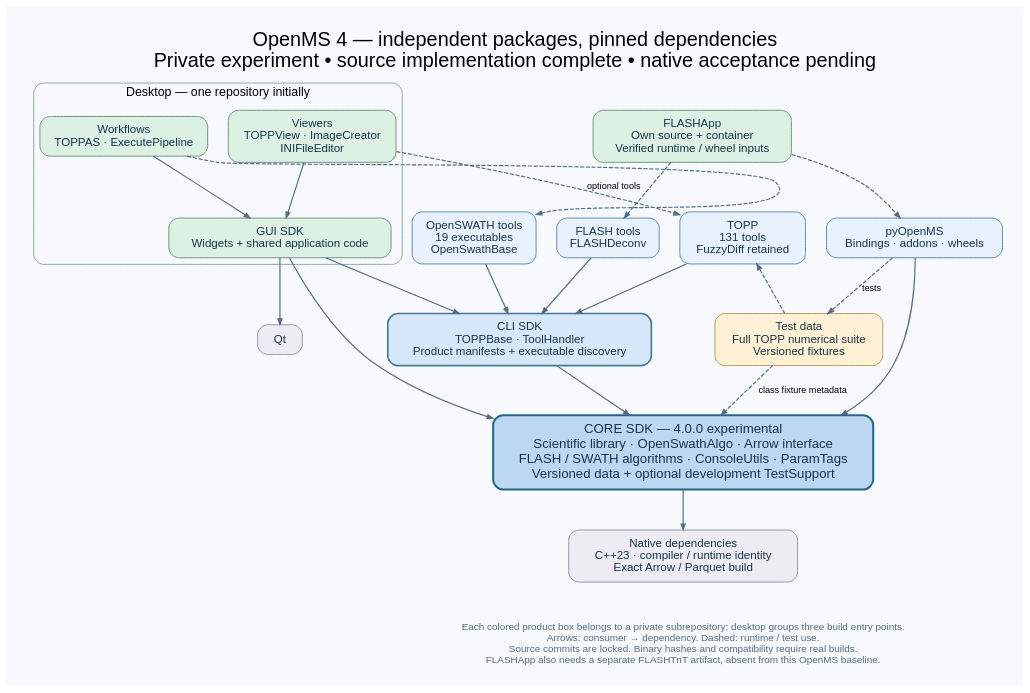
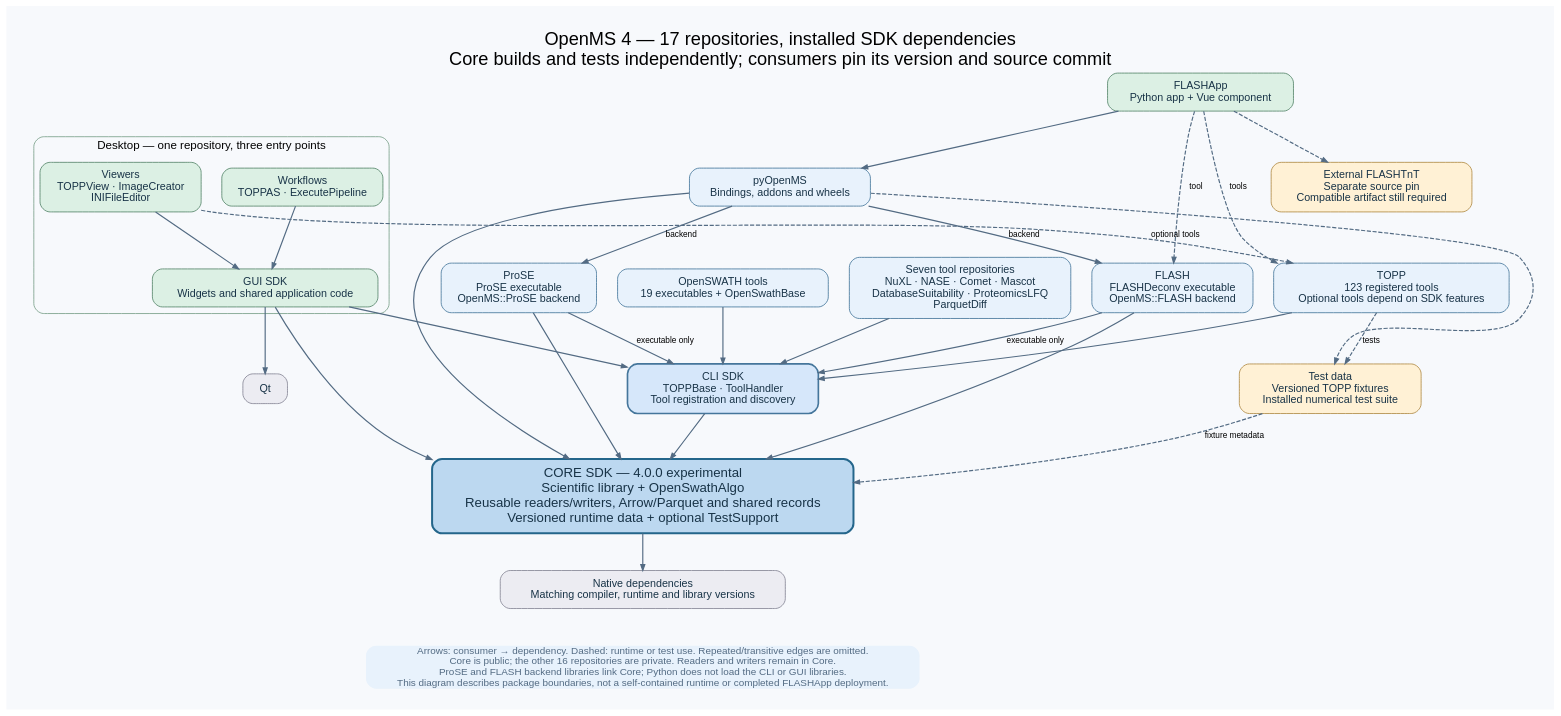
Before and after one commit to okohlbacher/OpenMS4-tests: the diagram in docs/package-architecture.dot, drawn with Graphviz. The commit also changed 3 other files, not shown here.

Commit message:
[DOC] Update the diagram for all 17 SDK packages

```diff
--- a/docs/package-architecture.dot
+++ b/docs/package-architecture.dot
@@ -1,37 +1,39 @@
 digraph Packages {
-  graph [rankdir=TB, bgcolor="#F7F9FC", pad="0.35", nodesep="0.35", ranksep="0.65", fontname="Helvetica", label="OpenMS 4 — independent packages, pinned dependencies\nPrivate experiment • source implementation complete • native acceptance pending", labelloc=t, fontsize=24];
-  node [shape=box, style="rounded,filled", fontname="Helvetica", fontsize=14, margin="0.18,0.13", color="#45769B", fillcolor="#E8F2FC", fontcolor="#183347"];
-  edge [color="#536B83", arrowsize=0.7, penwidth=1.4, fontname="Helvetica", fontsize=11];
-  app [label="FLASHApp\nOwn source + container\nVerified runtime / wheel inputs", fillcolor="#DCF0E4", color="#56856A"];
-  py [label="pyOpenMS\nBindings · addons · wheels"];
-  topp [label="TOPP\n131 tools\nFuzzyDiff retained"];
-  swath [label="OpenSWATH tools\n19 executables\nOpenSwathBase"];
-  flash [label="FLASH tools\nFLASHDeconv"];
+  graph [rankdir=TB, bgcolor="#F7F9FC", pad="0.35", nodesep="0.35", ranksep="0.6", fontname="Helvetica", label="OpenMS 4 — 17 repositories, installed SDK dependencies\nCore builds and tests independently; consumers pin its version and source commit", labelloc=t, fontsize=22];
+  node [shape=box, style="rounded,filled", fontname="Helvetica", fontsize=13, margin="0.18,0.13", color="#45769B", fillcolor="#E8F2FC", fontcolor="#183347"];
+  edge [color="#536B83", arrowsize=0.7, penwidth=1.4, fontname="Helvetica", fontsize=10];
+  app [label="FLASHApp\nPython app + Vue component", fillcolor="#DCF0E4", color="#56856A"];
+  py [label="pyOpenMS\nBindings, addons and wheels"];
+  topp [label="TOPP\n123 registered tools\nOptional tools depend on SDK features"];
+  swath [label="OpenSWATH tools\n19 executables + OpenSwathBase"];
+  flash [label="FLASH\nFLASHDeconv executable\nOpenMS::FLASH backend"];
+  prose [label="ProSE\nProSE executable\nOpenMS::ProSE backend"];
+  products [label="Seven tool repositories\nNuXL · NASE · Comet · Mascot\nDatabaseSuitability · ProteomicsLFQ\nParquetDiff"];
   subgraph cluster_desktop {
-    label="Desktop — one repository initially"; fontname="Helvetica"; fontsize=15; color="#79A089"; style="rounded";
+    label="Desktop — one repository, three entry points"; fontname="Helvetica"; fontsize=14; color="#79A089"; style="rounded";
     viewers [label="Viewers\nTOPPView · ImageCreator\nINIFileEditor", fillcolor="#DCF0E4", color="#56856A"];
     workflows [label="Workflows\nTOPPAS · ExecutePipeline", fillcolor="#DCF0E4", color="#56856A"];
-    gui [label="GUI SDK\nWidgets + shared application code", fillcolor="#DCF0E4", color="#56856A"];
+    gui [label="GUI SDK\nWidgets and shared application code", fillcolor="#DCF0E4", color="#56856A"];
     {rank=same; viewers; workflows;}
     viewers -> gui; workflows -> gui;
   }
-  cli [label="CLI SDK\nTOPPBase · ToolHandler\nProduct manifests + executable discovery", fillcolor="#D6E7FA", penwidth=2];
-  core [label="CORE SDK — 4.0.0 experimental\nScientific library · OpenSwathAlgo · Arrow interface\nFLASH / SWATH algorithms · ConsoleUtils · ParamTags\nVersioned data + optional development TestSupport", fillcolor="#BCD8F0", color="#24668B", penwidth=2.4, fontsize=16];
-  fixtures [label="Test data\nFull TOPP numerical suite\nVersioned fixtures", fillcolor="#FFF1D5", color="#AF8A43"];
-  native [label="Native dependencies\nC++23 · compiler / runtime identity\nExact Arrow / Parquet build", fillcolor="#ECECF2", color="#858595"];
+  cli [label="CLI SDK\nTOPPBase · ToolHandler\nTool registration and discovery", fillcolor="#D6E7FA", penwidth=2];
+  core [label="CORE SDK — 4.0.0 experimental\nScientific library + OpenSwathAlgo\nReusable readers/writers, Arrow/Parquet and shared records\nVersioned runtime data + optional TestSupport", fillcolor="#BCD8F0", color="#24668B", penwidth=2.4, fontsize=16];
+  fixtures [label="Test data\nVersioned TOPP fixtures\nInstalled numerical test suite", fillcolor="#FFF1D5", color="#AF8A43"];
+  native [label="Native dependencies\nMatching compiler, runtime and library versions", fillcolor="#ECECF2", color="#858595"];
   qt [label="Qt", fillcolor="#ECECF2", color="#858595"];
-  {rank=same; py; topp; swath; flash;}
-  app -> py [style=dashed]; app -> flash [style=dashed];
-  py -> core;
-  topp -> cli; swath -> cli; flash -> cli;
+  tnt [label="External FLASHTnT\nSeparate source pin\nCompatible artifact still required", fillcolor="#FFF1D5", color="#AF8A43"];
+  app -> py; app -> flash [style=dashed, label="tool"]; app -> topp [style=dashed, label="tools"]; app -> tnt [style=dashed];
+  py -> core; py -> prose [label="backend"]; py -> flash [label="backend"];
+  topp -> cli; swath -> cli; products -> cli;
+  flash -> cli [label="executable only"]; prose -> cli [label="executable only"];
+  flash -> core; prose -> core;
   cli -> core; gui -> cli; gui -> core; gui -> qt;
-  topp -> core [style=invis];
-  fixtures -> core [style=dashed, label="class fixture metadata"];
-  fixtures -> topp [style=dashed, constraint=false];
-  py -> fixtures [style=dashed, label="tests", constraint=false];
+  fixtures -> core [style=dashed, label="fixture metadata"];
+  topp -> fixtures [style=dashed, label="tests"];
+  py -> fixtures [style=dashed, constraint=false];
   viewers -> topp [style=dashed, label="optional tools", constraint=false];
-  workflows -> swath [style=dashed, constraint=false];
   core -> native;
-  note [shape=plain, fillcolor="#F7F9FC", fontcolor="#536B83", fontsize=12, label="Each colored product box belongs to a private subrepository; desktop groups three build entry points.\nArrows: consumer → dependency. Dashed: runtime / test use.\nSource commits are locked. Binary hashes and compatibility require real builds.\nFLASHApp also needs a separate FLASHTnT artifact, absent from this OpenMS baseline."];
+  note [shape=plain, fontcolor="#536B83", fontsize=12, label="Arrows: consumer → dependency. Dashed: runtime or test use. Repeated/transitive edges are omitted.\nCore is public; the other 16 repositories are private. Readers and writers remain in Core.\nProSE and FLASH backend libraries link Core; Python does not load the CLI or GUI libraries.\nThis diagram describes package boundaries, not a self-contained runtime or completed FLASHApp deployment."];
   native -> note [style=invis];
 }
```
